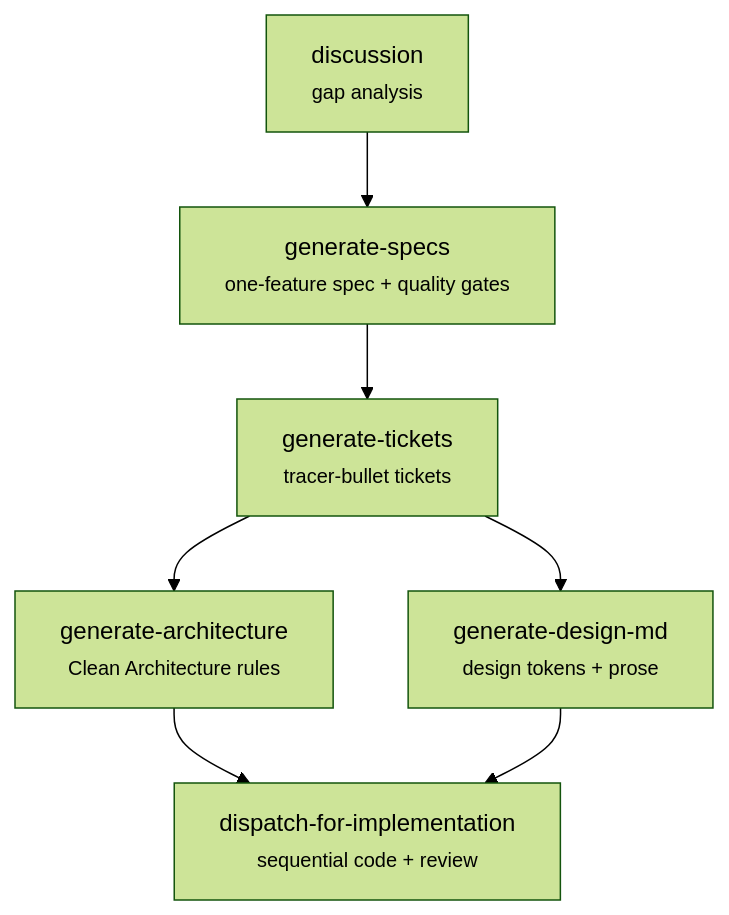
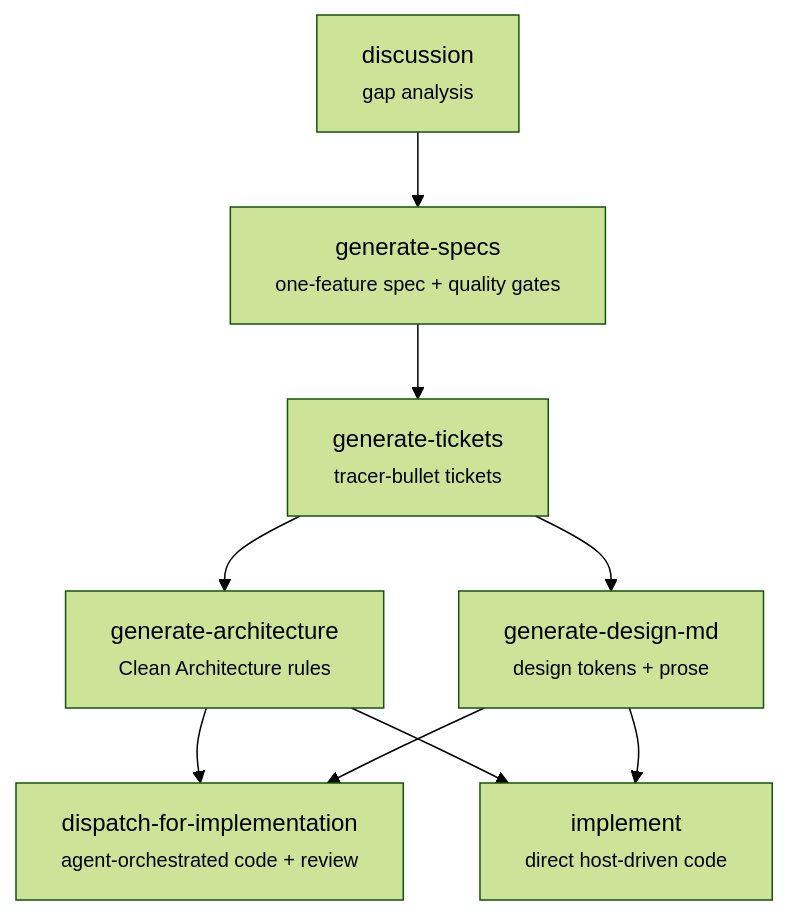
One commit to sanxzy/skills changed the diagram in README.md. Above: the diagram before and after it, drawn with Mermaid (forest theme). The commit also changed other lines of this file and 4 other files, not shown here.

Commit message:
Add implement skill and document host-driven implementation path

````diff
--- a/README.md
+++ b/README.md
@@ -20,9 +20,11 @@
 ```mermaid
 flowchart TD
     discussion["discussion<br/><small>gap analysis</small>"] --> generate-specs["generate-specs<br/><small>one-feature spec + quality gates</small>"]
     generate-specs --> generate-tickets["generate-tickets<br/><small>tracer-bullet tickets</small>"]
     generate-tickets --> generate-architecture["generate-architecture<br/><small>Clean Architecture rules</small>"]
     generate-tickets --> generate-design-md["generate-design-md<br/><small>design tokens + prose</small>"]
-    generate-architecture --> dispatch-for-implementation["dispatch-for-implementation<br/><small>sequential code + review</small>"]
+    generate-architecture --> dispatch-for-implementation["dispatch-for-implementation<br/><small>agent-orchestrated code + review</small>"]
     generate-design-md --> dispatch-for-implementation
+    generate-architecture --> implement["implement<br/><small>direct host-driven code</small>"]
+    generate-design-md --> implement
 ```
````
